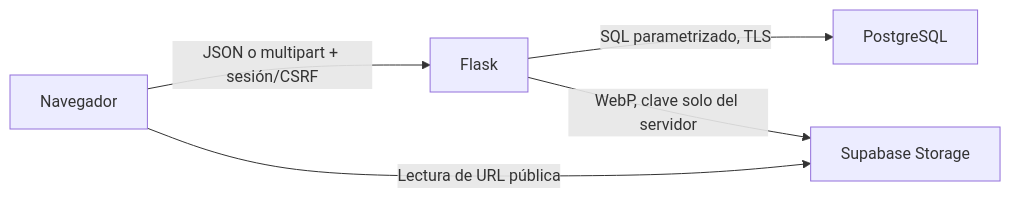
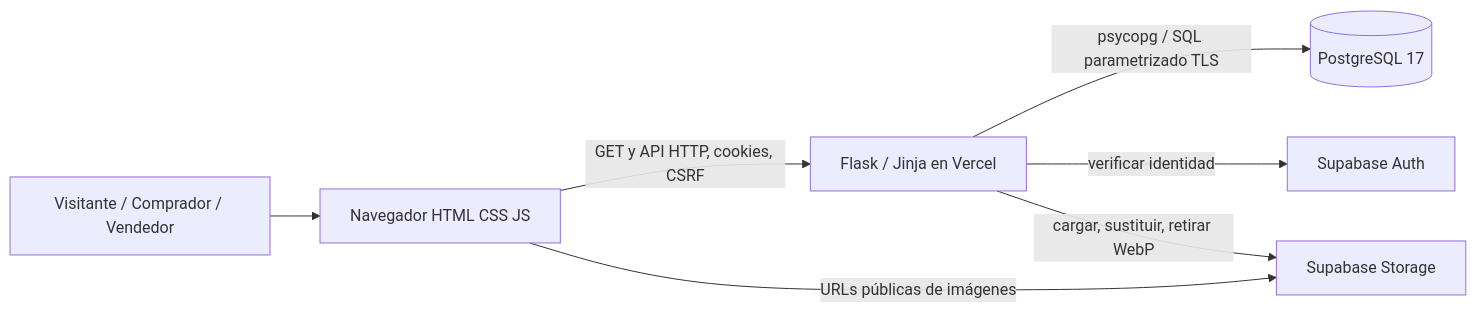
The diagram in docs/ARQUITECTURA.md (carlosbenavides23/sistema-vehiculos-usados), drawn with Mermaid before and after one commit. The commit also changed other lines of this file, not shown here.

````diff
--- a/docs/ARQUITECTURA.md
+++ b/docs/ARQUITECTURA.md
@@ -5,7 +11,9 @@
 ```mermaid
 flowchart LR
-  Navegador -->|JSON o multipart + sesión/CSRF| Flask
-  Flask -->|SQL parametrizado, TLS| PostgreSQL
-  Flask -->|WebP, clave solo del servidor| Storage[Supabase Storage]
-  Navegador -->|Lectura de URL pública| Storage
+    Usuario[Visitante / Comprador / Vendedor] --> Navegador[Navegador HTML CSS JS]
+    Navegador -->|GET y API HTTP, cookies, CSRF| Flask[Flask / Jinja en Vercel]
+    Flask -->|psycopg / SQL parametrizado TLS| Postgres[(PostgreSQL 17)]
+    Flask -->|verificar identidad| Auth[Supabase Auth]
+    Flask -->|cargar, sustituir, retirar WebP| Storage[Supabase Storage]
+    Navegador -->|URLs públicas de imágenes| Storage
 ```
````
